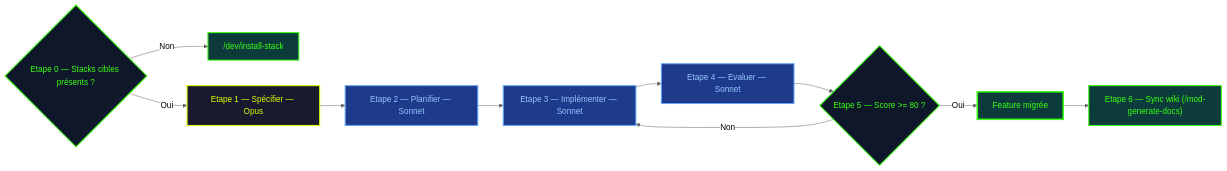
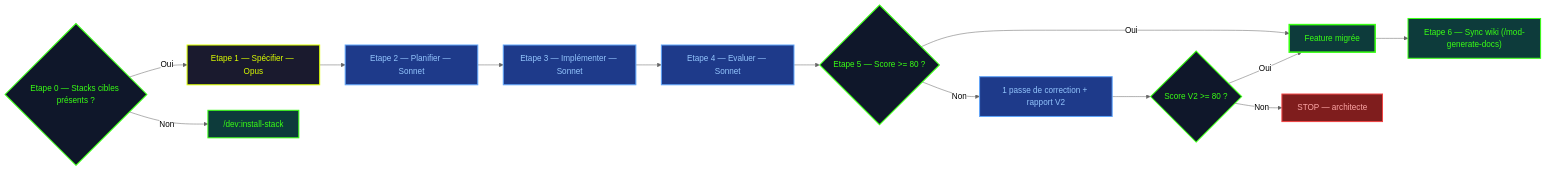
Before and after one commit to fondative/claude-code-ecosystem: the seventh of 15 diagrams in docs/guide/methodology.md, drawn with Mermaid (neutral theme). The commit also changed other lines of this file and 395 other files, not shown here.

````diff
--- a/docs/guide/methodology.md
+++ b/docs/guide/methodology.md
@@ -328,32 +398,40 @@
 ```mermaid
 graph LR
     Z{"Etape 0 — Stacks cibles présents ?"}
-    INST["/dev/install-stack"]
+    INST["/dev:install-stack"]
     S["Etape 1 — Spécifier — Opus"]
     P["Etape 2 — Planifier — Sonnet"]
     I["Etape 3 — Implémenter — Sonnet"]
     C["Etape 4 — Evaluer — Sonnet"]
     Q{"Etape 5 — Score >= 80 ?"}
+    FX["1 passe de correction + rapport V2"]
+    Q2{"Score V2 >= 80 ?"}
+    STOP["STOP — architecte"]
     OK["Feature migrée"]
     W["Etape 6 — Sync wiki (/mod-generate-docs)"]
 
     Z -->|Oui| S
     Z -->|Non| INST
     S --> P --> I --> C --> Q
     Q -->|Oui| OK
-    Q -->|Non| I
+    Q -->|Non| FX
+    FX --> Q2
+    Q2 -->|Oui| OK
+    Q2 -->|Non| STOP
     OK --> W
 
     classDef opus fill:#1a1a2e,stroke:#ddff00,stroke-width:2px,color:#ddff00
     classDef sonnet fill:#1e3a8a,stroke:#60a5fa,stroke-width:2px,color:#93c5fd
     classDef check fill:#0f172a,stroke:#39ff14,stroke-width:2px,color:#39ff14
     classDef done fill:#0d3b3b,stroke:#39ff14,stroke-width:3px,color:#39ff14
 
     classDef cmd fill:#0d3b3b,stroke:#39ff14,stroke-width:2px,color:#39ff14
+    classDef stop fill:#7f1d1d,stroke:#ef4444,stroke-width:2px,color:#fca5a5
 
     class S opus
-    class P,I,C sonnet
-    class Z,Q check
+    class P,I,C,FX sonnet
+    class Z,Q,Q2 check
     class OK done
     class INST,W cmd
+    class STOP stop
 ```
````
